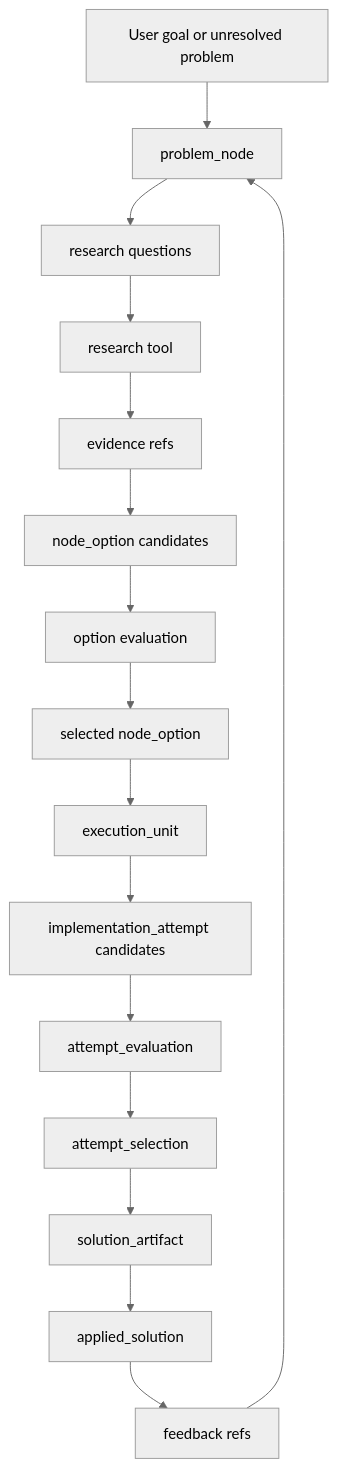
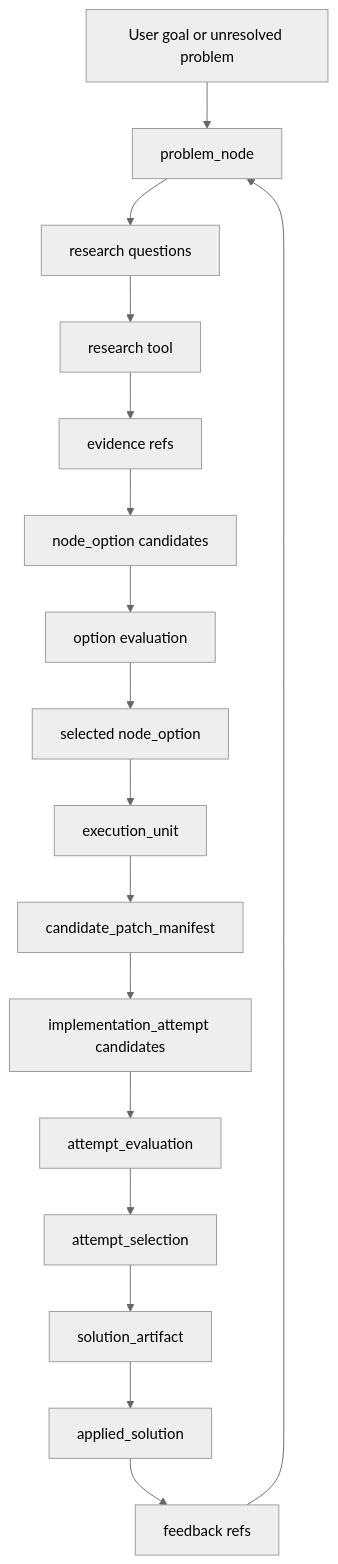
One commit to justin-napolitano/jaysearch changed the diagram in docs/project-format-and-state-v1.md. Above: the diagram before and after it, drawn with Mermaid (neutral theme). The commit also changed other lines of this file and 25 other files, not shown here.

Commit message:
Add candidate patch manifest ingestion

````diff
--- a/docs/project-format-and-state-v1.md
+++ b/docs/project-format-and-state-v1.md
@@ -341,18 +372,19 @@
 ```mermaid
 flowchart TD
   UserGoal[User goal or unresolved problem] --> ProblemNode[problem_node]
   ProblemNode --> Questions[research questions]
   Questions --> Research[research tool]
   Research --> Evidence[evidence refs]
   Evidence --> Options[node_option candidates]
   Options --> OptionEval[option evaluation]
   OptionEval --> SelectedOption[selected node_option]
   SelectedOption --> ExecutionUnit[execution_unit]
-  ExecutionUnit --> Attempts[implementation_attempt candidates]
+  ExecutionUnit --> CandidatePatchManifest[candidate_patch_manifest]
+  CandidatePatchManifest --> Attempts[implementation_attempt candidates]
   Attempts --> AttemptEval[attempt_evaluation]
   AttemptEval --> AttemptSelection[attempt_selection]
   AttemptSelection --> Solution[solution_artifact]
   Solution --> Applied[applied_solution]
   Applied --> Feedback[feedback refs]
   Feedback --> ProblemNode
 ```
````
